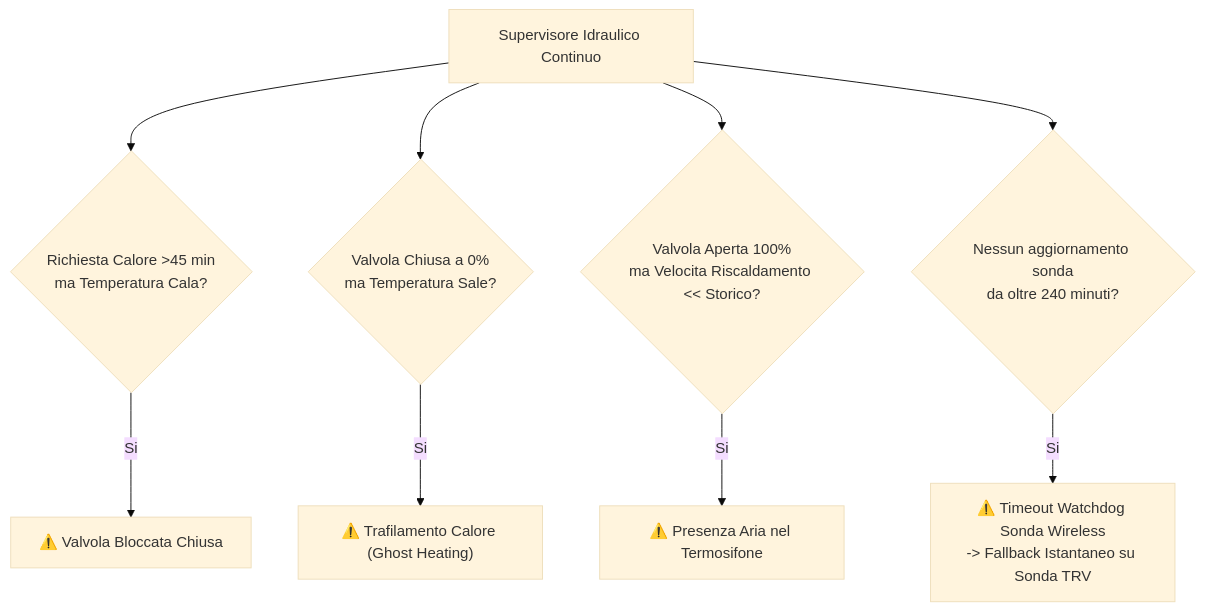
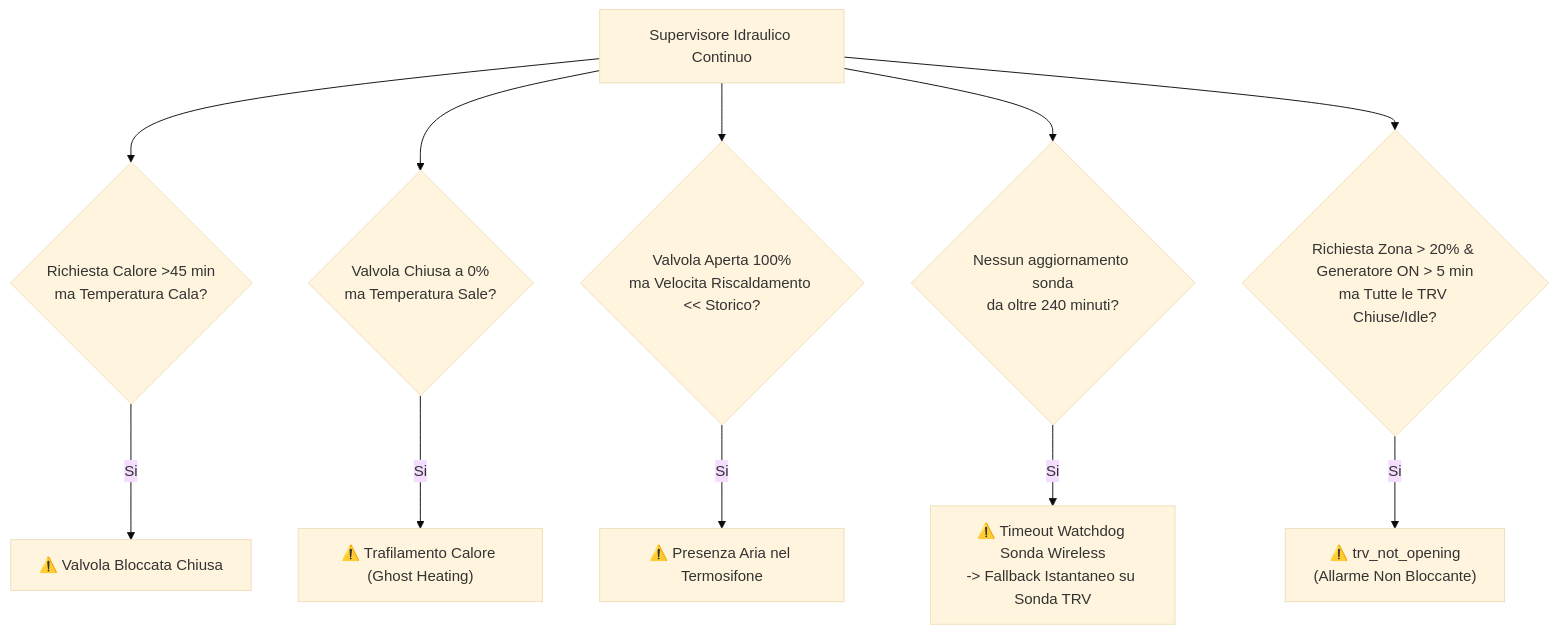
Before and after one commit to alex-military/multizone-thermostat: the diagram in docs/wiki/it/diagnostics_safety.md, drawn with Mermaid (base theme). The commit also changed other lines of this file and 41 other files, not shown here.

Commit message:
feat(trv,pid): 3-layer TRV architecture, Auto EMA seed UI & PID baseline fixes (v6.0.22)

````diff
--- a/docs/wiki/it/diagnostics_safety.md
+++ b/docs/wiki/it/diagnostics_safety.md
@@ -13,15 +13,18 @@
 ```mermaid
 flowchart TD
     Diagnosi["Supervisore Idraulico Continuo"]
     Diagnosi --> CheckBlocco{"Richiesta Calore >45 min<br>ma Temperatura Cala?"}
     CheckBlocco -->|Si| AllarmeBlocco["⚠️ Valvola Bloccata Chiusa"]
     
     Diagnosi --> CheckTrafilamento{"Valvola Chiusa a 0%<br>ma Temperatura Sale?"}
     CheckTrafilamento -->|Si| AllarmeTrafilamento["⚠️ Trafilamento Calore (Ghost Heating)"]
     
     Diagnosi --> CheckAria{"Valvola Aperta 100%<br>ma Velocita Riscaldamento << Storico?"}
     CheckAria -->|Si| AllarmeAria["⚠️ Presenza Aria nel Termosifone"]
     
     Diagnosi --> CheckSonda{"Nessun aggiornamento sonda<br>da oltre 240 minuti?"}
     CheckSonda -->|Si| AllarmeSonda["⚠️ Timeout Watchdog Sonda Wireless<br>-> Fallback Istantaneo su Sonda TRV"]
+    
+    Diagnosi --> CheckTrvOpen{"Richiesta Zona > 20% & Generatore ON > 5 min<br>ma Tutte le TRV Chiuse/Idle?"}
+    CheckTrvOpen -->|Si| AllarmeTrvOpen["⚠️ trv_not_opening<br>(Allarme Non Bloccante)"]
 ```
````
